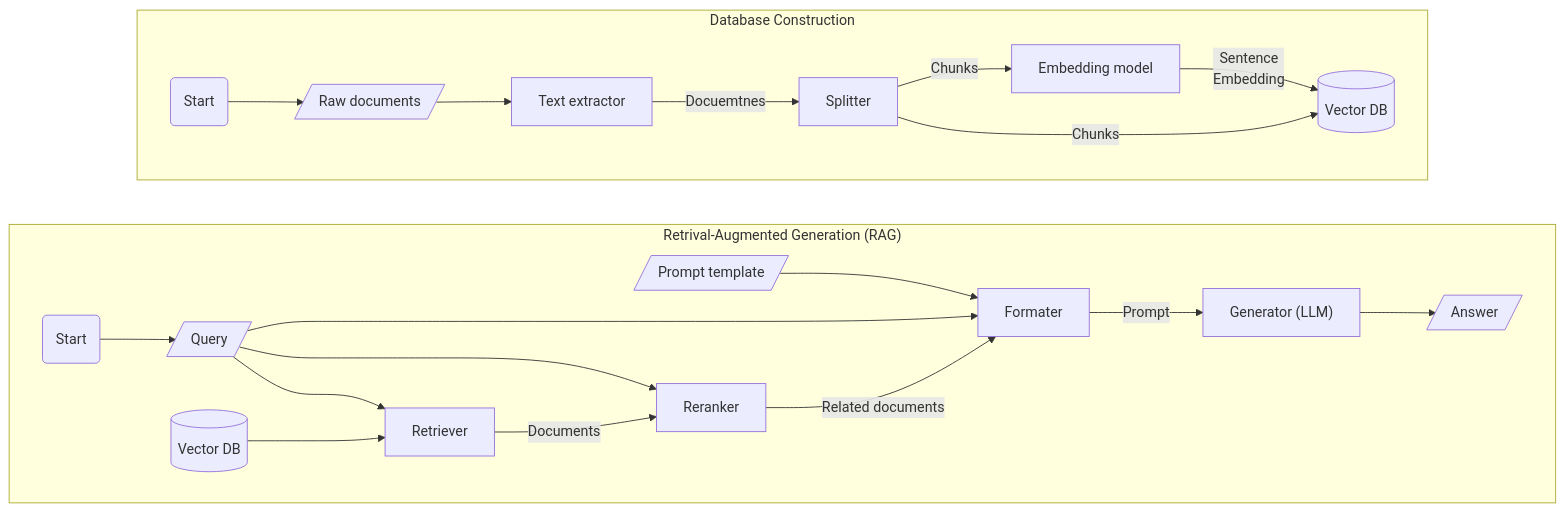
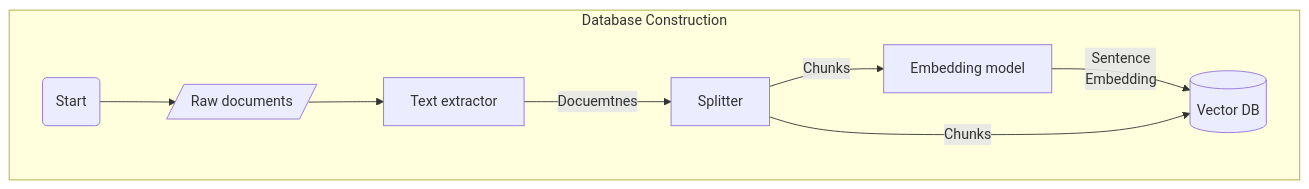
Before and after one commit to kuwaai/genai-os: the diagram in src/toolchain/README.md, drawn with Mermaid. The commit also changed other lines of this file, not shown here.

````diff
--- a/src/toolchain/README.md
+++ b/src/toolchain/README.md
@@ -36,30 +36,13 @@
 ```mermaid
 flowchart LR
-
-subgraph "Retrival-Augmented Generation (RAG)"
-    direction LR
-    *A(Start) --> AA[/Query/]
-    AB[(Vector DB)]
-    AC[/Prompt template/]
-    AA ---> AD[Retriever]
-    AB ---> AD
-    AA ---> AE[Reranker]
-    AD -- Documents --> AE
-    AC --> AF[Formater]
-    AA ---> AF
-    AE -- Related documents --> AF
-    AF -- Prompt --> AG["Generator (LLM)"]
-    AG --> AH[/Answer/]
-end
-
 
 subgraph Database Construction
     direction LR
     *B(Start) --> BA[/Raw documents/]
     BA --> BB[Text extractor]
     BB -- Docuemtnes --> BC[Splitter]
     BC -- Chunks --> BD[Embedding model] 
     BD -- Sentence\nEmbedding --> BE[(Vector DB)]
     BC -- Chunks --> BE 
 end
 ```
````
